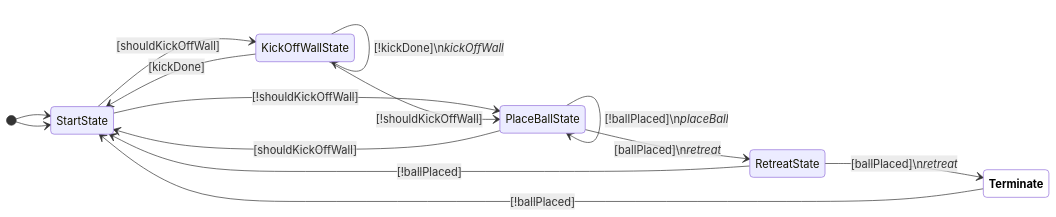
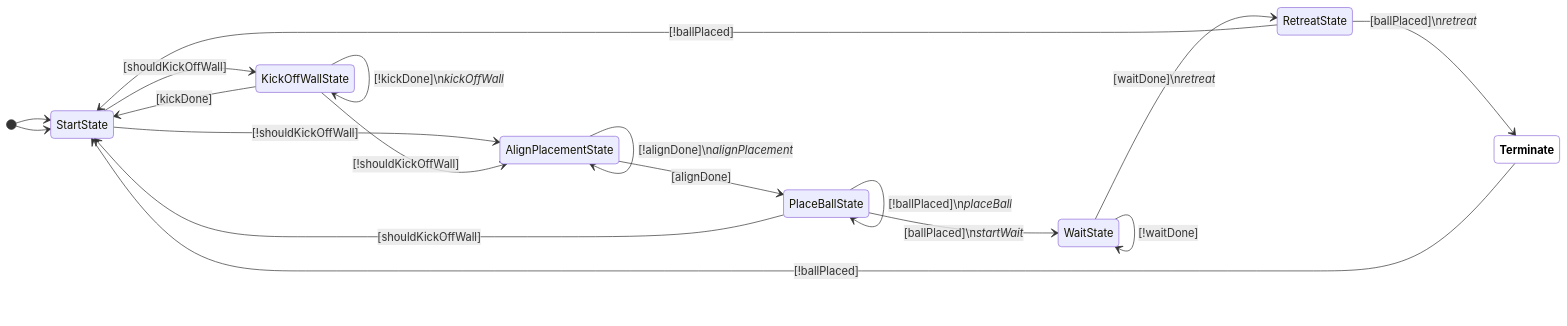
The second of 21 diagrams in docs/fsm-diagrams.md (UBC-Thunderbots/Software), drawn with Mermaid before and after one commit.

````diff
--- a/docs/fsm-diagrams.md
+++ b/docs/fsm-diagrams.md
@@ -29,20 +29,24 @@
 ```mermaid
 
 stateDiagram-v2
 classDef terminate fill:white,color:black,font-weight:bold
 direction LR
 [*] --> StartState
 StartState --> KickOffWallState : [shouldKickOffWall]
 [*] --> StartState
-StartState --> PlaceBallState : [!shouldKickOffWall]
-KickOffWallState --> PlaceBallState : [!shouldKickOffWall]
+StartState --> AlignPlacementState : [!shouldKickOffWall]
+KickOffWallState --> AlignPlacementState : [!shouldKickOffWall]
 KickOffWallState --> KickOffWallState : [!kickDone]\n<i>kickOffWall</i>
 KickOffWallState --> StartState : [kickDone]
+AlignPlacementState --> AlignPlacementState : [!alignDone]\n<i>alignPlacement</i>
+AlignPlacementState --> PlaceBallState : [alignDone]
 PlaceBallState --> StartState : [shouldKickOffWall]
 PlaceBallState --> PlaceBallState : [!ballPlaced]\n<i>placeBall</i>
-PlaceBallState --> RetreatState : [ballPlaced]\n<i>retreat</i>
+PlaceBallState --> WaitState : [ballPlaced]\n<i>startWait</i>
+WaitState --> RetreatState : [waitDone]\n<i>retreat</i>
+WaitState --> WaitState : [!waitDone]
 RetreatState --> StartState : [!ballPlaced]
 RetreatState --> Terminate:::terminate : [ballPlaced]\n<i>retreat</i>
 Terminate:::terminate --> StartState : [!ballPlaced]
 
 ```
````
